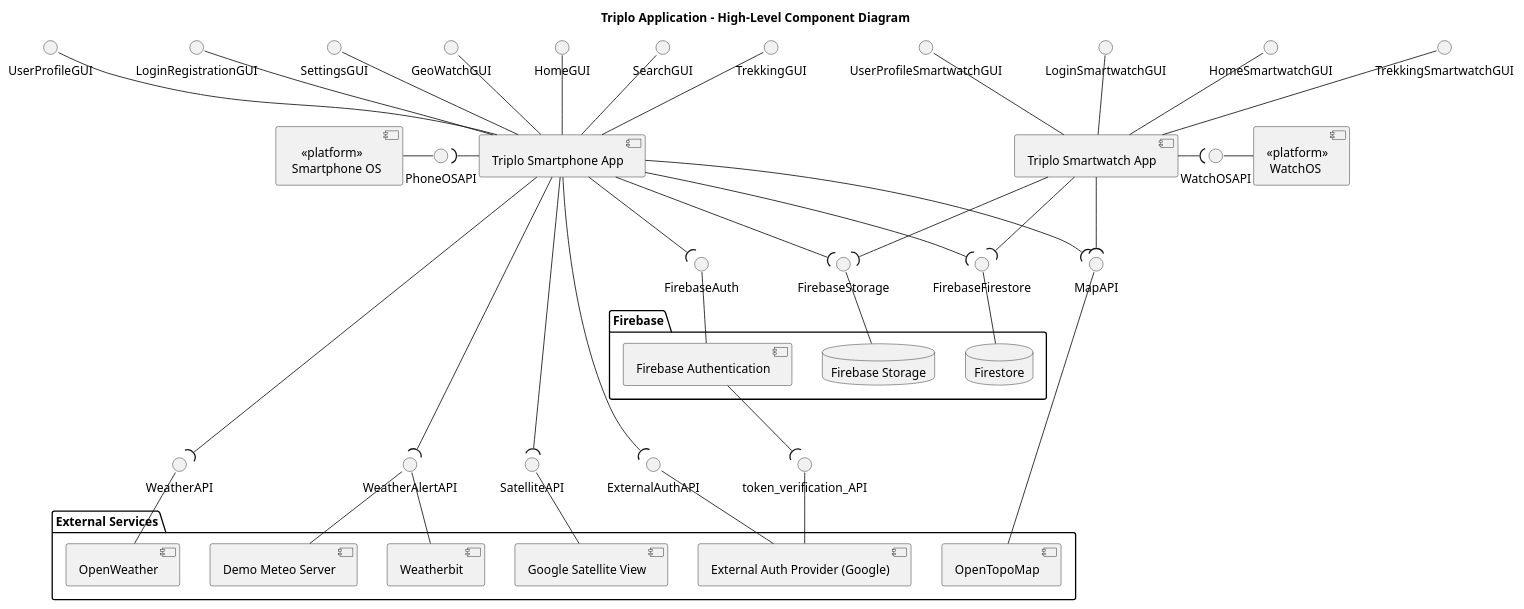
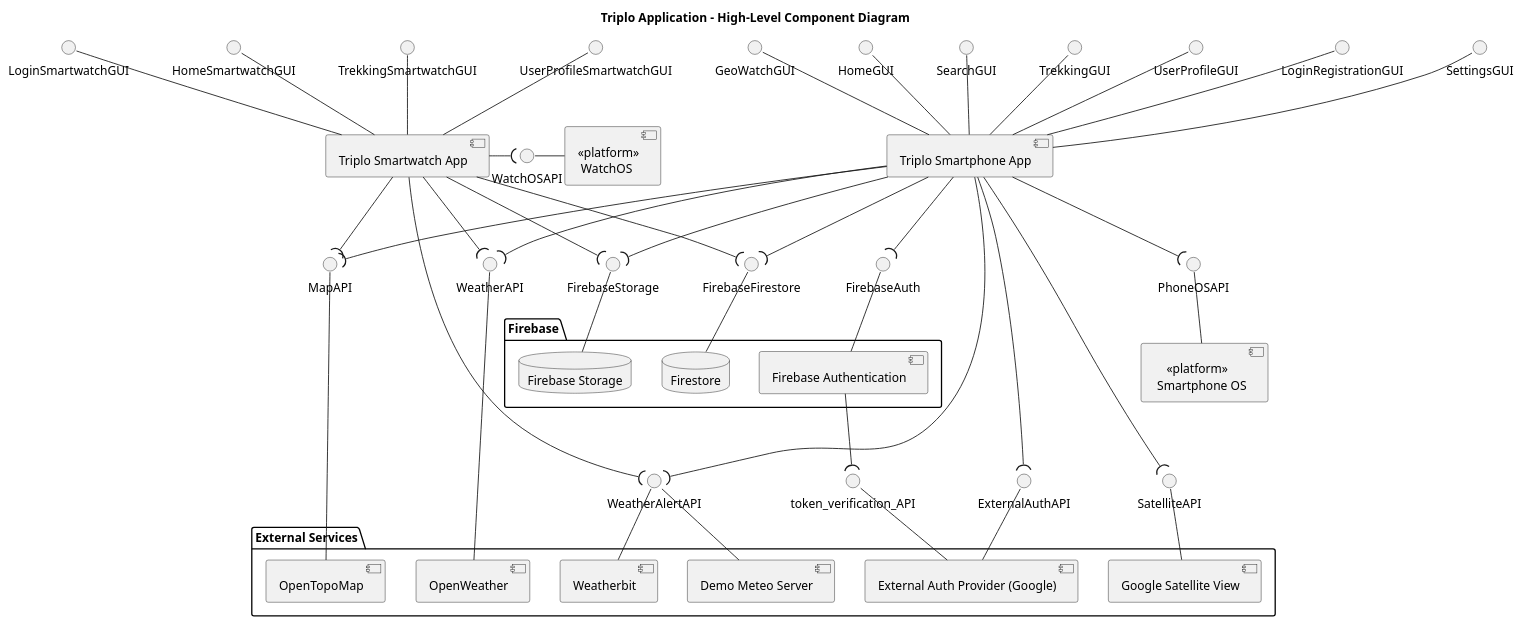
Before and after one commit to SofiaTerracciano/Triplo: the diagram in documentation/Diagrams/high level component diagram.puml, drawn with PlantUML. The commit also changed 8 other files, not shown here.

Commit message:
sequence diagram

```diff
--- a/documentation/Diagrams/high level component diagram.puml
+++ b/documentation/Diagrams/high level component diagram.puml
@@ -201,8 +201,10 @@
 
 
 
-SmartphoneApp -left-( PhoneOSAPI
-PhoneOSAPI -left- SmartphoneOS
+SmartphoneApp --( PhoneOSAPI
+PhoneOSAPI -- SmartphoneOS
 WatchApp -right-( WatchOSAPI
+WatchApp --( WeatherAPI
+WatchApp --( WeatherAlertAPI
 WatchOSAPI -right- WatchOS
 @enduml
```
